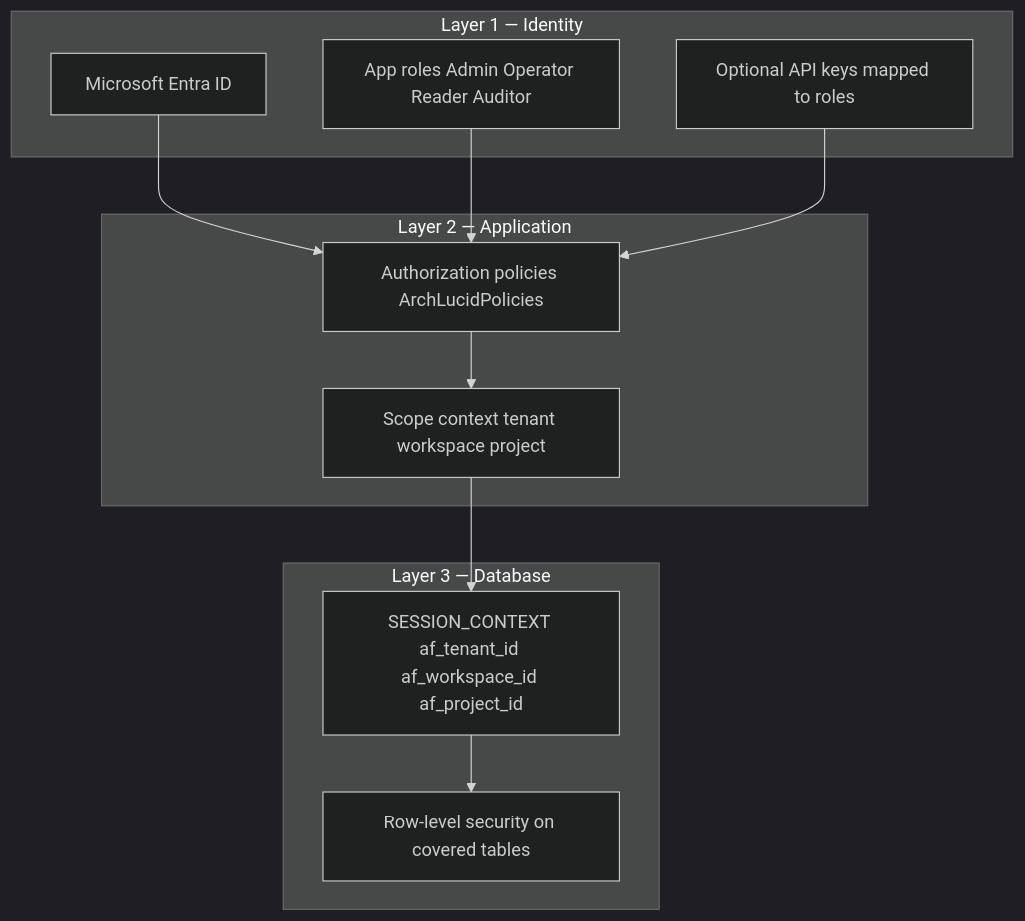
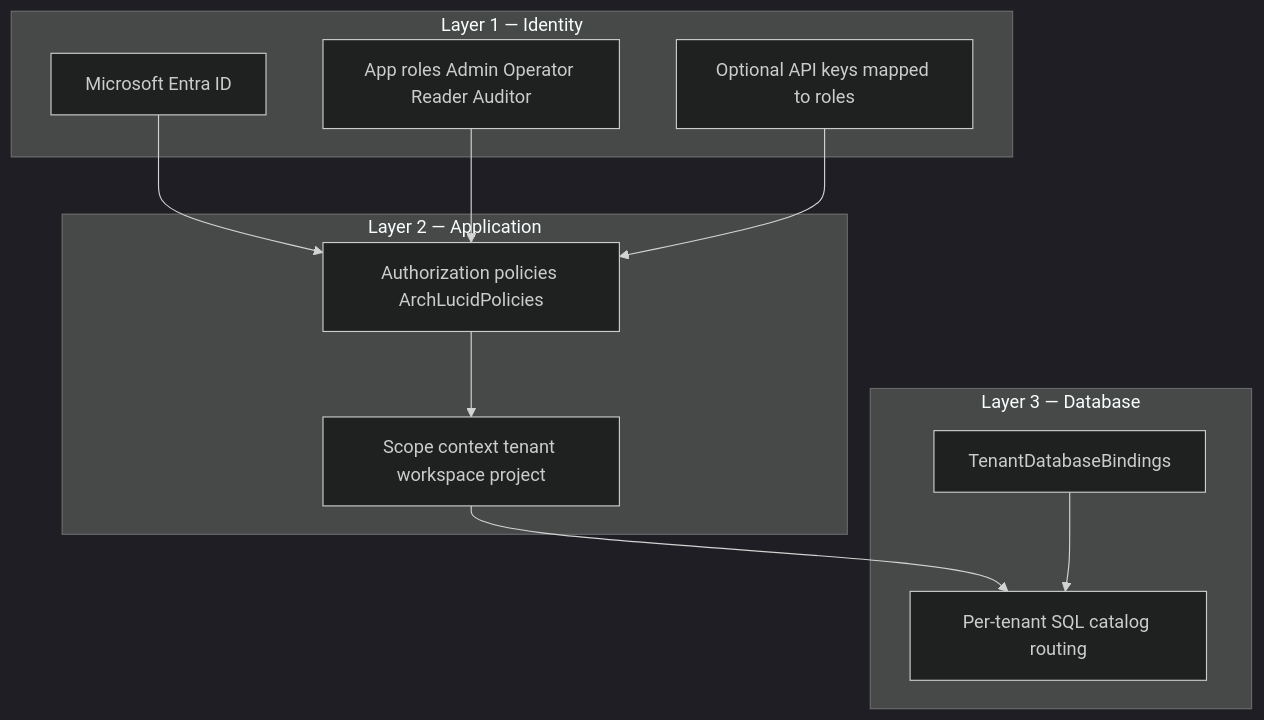
Before and after one commit to joefrancisGA/ArchLucid: the diagram in docs/go-to-market/TENANT_ISOLATION.md, drawn with Mermaid (dark theme). The commit also changed other lines of this file and 15 other files, not shown here.

First line of the commit message:
docs(security): ADR 0037 tenant isolation without RLS.

````diff
--- a/docs/go-to-market/TENANT_ISOLATION.md
+++ b/docs/go-to-market/TENANT_ISOLATION.md
@@ -20,22 +20,22 @@
 ```mermaid
 flowchart TB
   subgraph L1["Layer 1 — Identity"]
     E[Microsoft Entra ID]
     R[App roles Admin Operator Reader Auditor]
     K[Optional API keys mapped to roles]
   end
   subgraph L2["Layer 2 — Application"]
     P[Authorization policies ArchLucidPolicies]
     S[Scope context tenant workspace project]
   end
   subgraph L3["Layer 3 — Database"]
-    C[SESSION_CONTEXT af_tenant_id af_workspace_id af_project_id]
-    Q[Row-level security on covered tables]
+    CAT[Per-tenant SQL catalog routing]
+    BIND[TenantDatabaseBindings]
   end
   E --> P
   R --> P
   K --> P
   P --> S
-  S --> C
-  C --> Q
+  S --> CAT
+  BIND --> CAT
 ```
````
